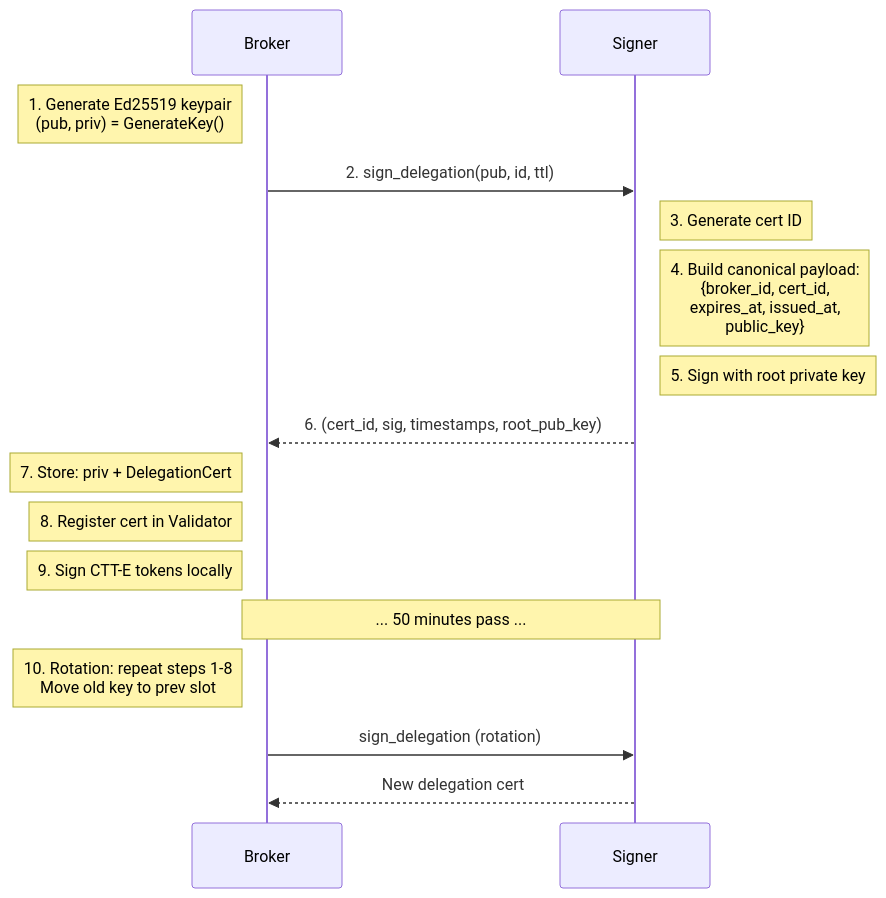
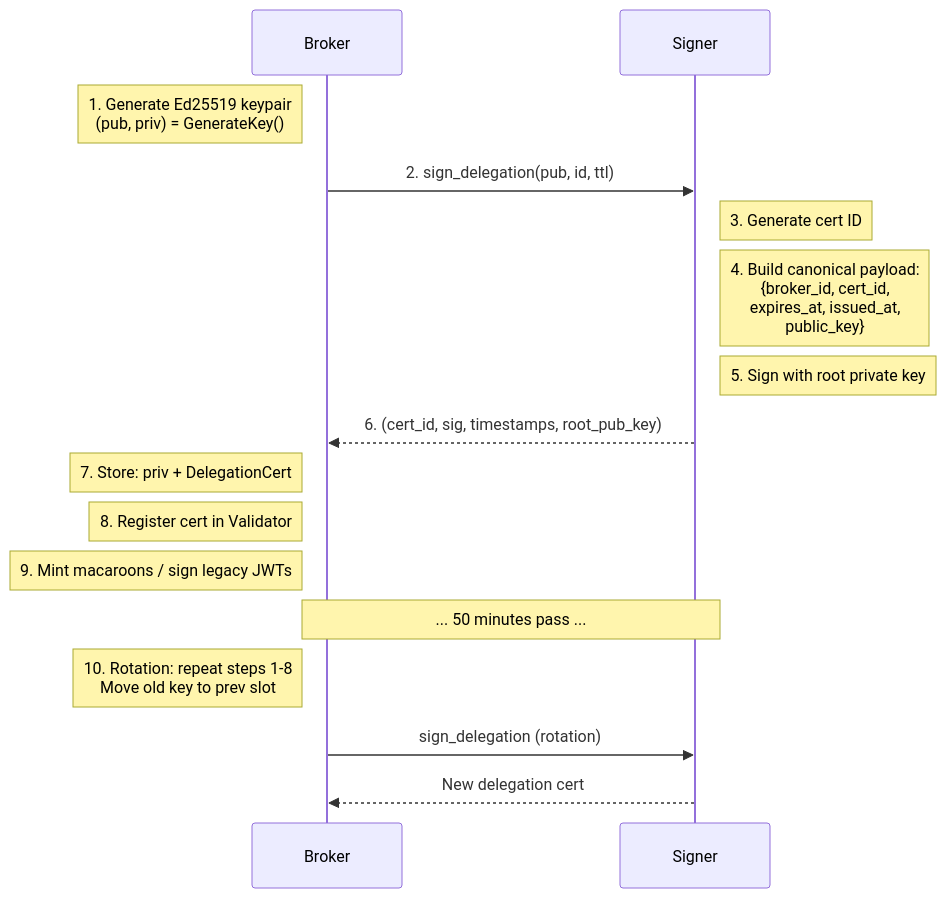
One commit to EphyrAI/Ephyr changed the first of 3 diagrams in docs/whitepaper-task-identity.md. Above: the diagram before and after it, drawn with Mermaid. The commit also changed other lines of this file, not shown here.

````diff
--- a/docs/whitepaper-task-identity.md
+++ b/docs/whitepaper-task-identity.md
@@ -261,19 +279,19 @@
 ```mermaid
 sequenceDiagram
     participant Broker
     participant Signer
 
     Note left of Broker: 1. Generate Ed25519 keypair<br/>(pub, priv) = GenerateKey()
     Broker->>Signer: 2. sign_delegation(pub, id, ttl)
     Note right of Signer: 3. Generate cert ID
     Note right of Signer: 4. Build canonical payload:<br/>{broker_id, cert_id,<br/>expires_at, issued_at,<br/>public_key}
     Note right of Signer: 5. Sign with root private key
     Signer-->>Broker: 6. (cert_id, sig, timestamps, root_pub_key)
     Note left of Broker: 7. Store: priv + DelegationCert
     Note left of Broker: 8. Register cert in Validator
-    Note left of Broker: 9. Sign CTT-E tokens locally
+    Note left of Broker: 9. Mint macaroons / sign legacy JWTs
     Note over Broker,Signer: ... 50 minutes pass ...
     Note left of Broker: 10. Rotation: repeat steps 1-8<br/>Move old key to prev slot
     Broker->>Signer: sign_delegation (rotation)
     Signer-->>Broker: New delegation cert
 ```
````
